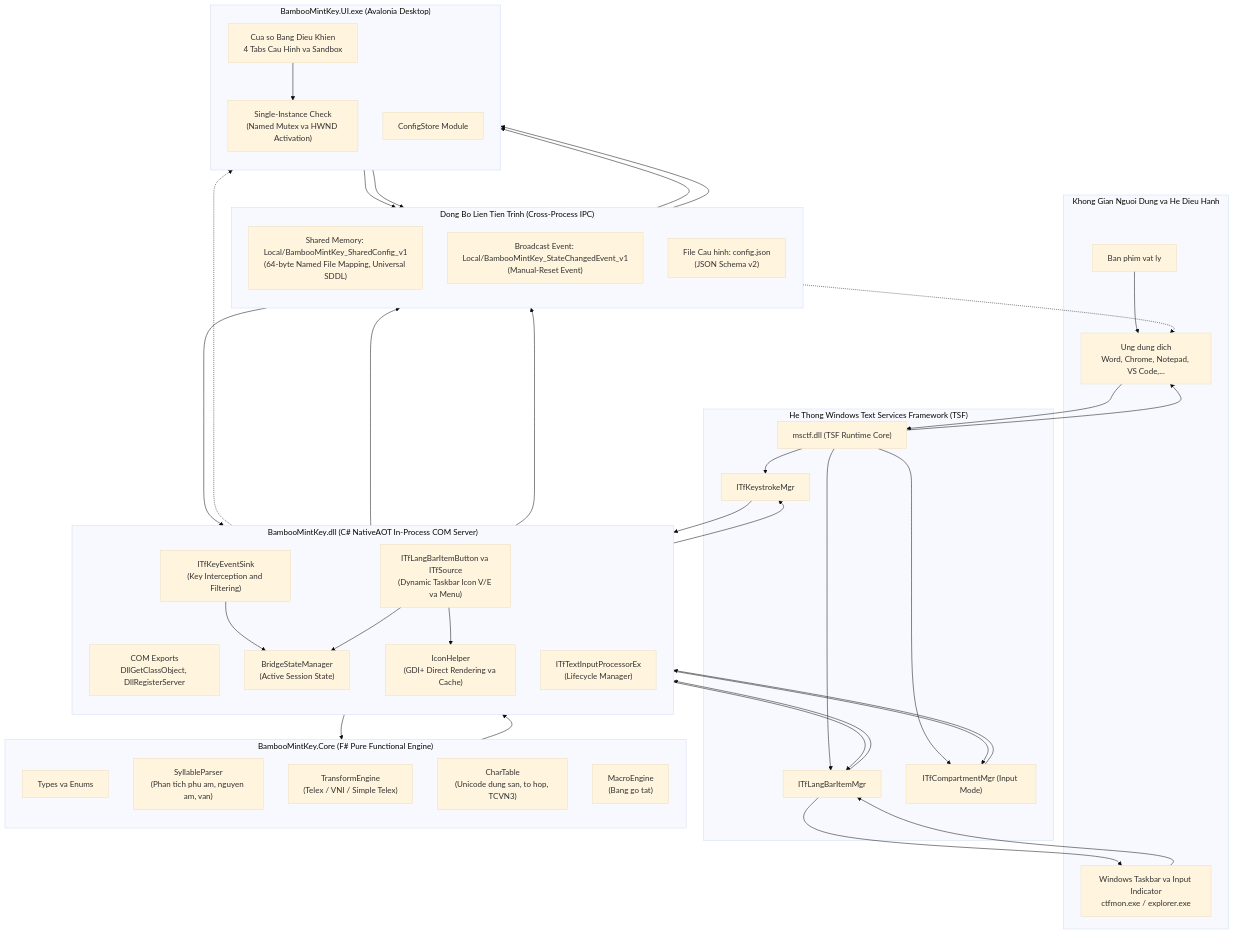
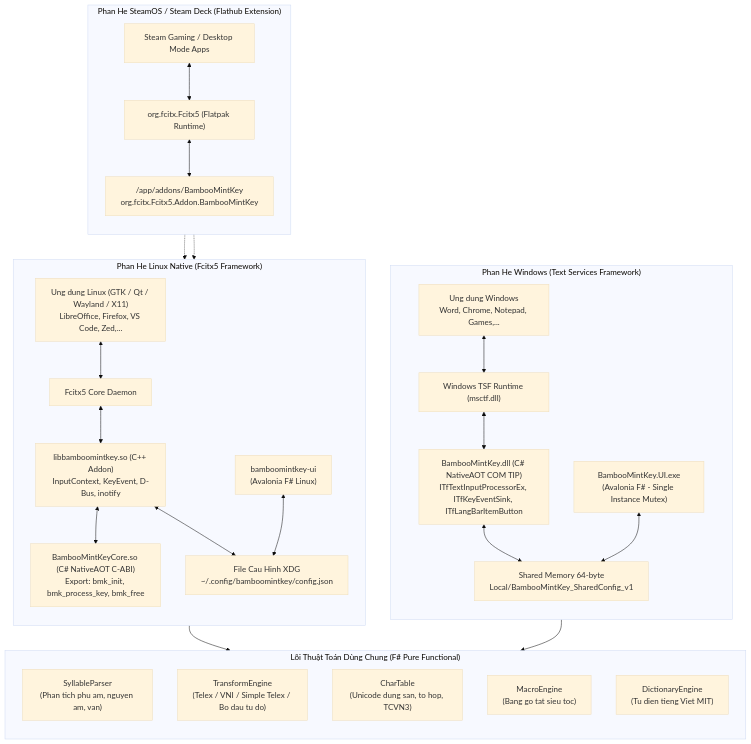
Before and after one commit to thatislg/BambooMintKey: the first of 4 diagrams in docs/SYSTEM_ARCHITECTURE.md, drawn with Mermaid (base theme). The commit also changed other lines of this file and 3 other files, not shown here.

````diff
--- a/docs/SYSTEM_ARCHITECTURE.md
+++ b/docs/SYSTEM_ARCHITECTURE.md
@@ -27,82 +34,56 @@
 ```mermaid
 flowchart TB
-    subgraph UserSpace ["Khong Gian Nguoi Dung va He Dieu Hanh"]
-        PhysicalKeyboard["Ban phim vat ly"]
-        Taskbar["Windows Taskbar va Input Indicator<br/>ctfmon.exe / explorer.exe"]
-        TargetApps["Ung dung dich<br/>Word, Chrome, Notepad, VS Code,..."]
+    subgraph CoreEngine ["Lõi Thuật Toán Dùng Chung (F# Pure Functional)"]
+        direction TB
+        SyllableParser["SyllableParser<br/>(Phan tich phu am, nguyen am, van)"]
+        TransformEngine["TransformEngine<br/>(Telex / VNI / Simple Telex / Bo dau tu do)"]
+        CharTable["CharTable<br/>(Unicode dung san, to hop, TCVN3)"]
+        MacroEngine["MacroEngine<br/>(Bang go tat sieu toc)"]
+        Dictionary["DictionaryEngine<br/>(Tu dien tieng Viet MIT)"]
     end
 
-    subgraph WindowsTSF ["He Thong Windows Text Services Framework (TSF)"]
-        MsCtf["msctf.dll (TSF Runtime Core)"]
-        KeystrokeMgr["ITfKeystrokeMgr"]
-        LangBarItemMgr["ITfLangBarItemMgr"]
-        CompartmentMgr["ITfCompartmentMgr (Input Mode)"]
+    subgraph WindowsPlatform ["Phan He Windows (Text Services Framework)"]
+        direction TB
+        MsCtf["Windows TSF Runtime (msctf.dll)"]
+        NativeBridge["BambooMintKey.dll (C# NativeAOT COM TIP)<br/>ITfTextInputProcessorEx, ITfKeyEventSink, ITfLangBarItemButton"]
+        WinSharedMem["Shared Memory 64-byte<br/>Local/BambooMintKey_SharedConfig_v1"]
+        WinUI["BambooMintKey.UI.exe<br/>(Avalonia F# - Single Instance Mutex)"]
+        WindowsApps["Ung dung Windows<br/>Word, Chrome, Notepad, Games,..."]
+
+        WindowsApps <--> MsCtf
+        MsCtf <--> NativeBridge
+        NativeBridge <--> WinSharedMem
+        WinUI <--> WinSharedMem
     end
 
-    subgraph NativeAOTBridge ["BambooMintKey.dll (C# NativeAOT In-Process COM Server)"]
+    subgraph LinuxPlatform ["Phan He Linux Native (Fcitx5 Framework)"]
         direction TB
-        ComExports["COM Exports<br/>DllGetClassObject, DllRegisterServer"]
-        TextService["ITfTextInputProcessorEx<br/>(Lifecycle Manager)"]
-        KeyEventSink["ITfKeyEventSink<br/>(Key Interception and Filtering)"]
-        LangBarItem["ITfLangBarItemButton va ITfSource<br/>(Dynamic Taskbar Icon V/E va Menu)"]
-        IconHelper["IconHelper<br/>(GDI+ Direct Rendering va Cache)"]
-        BridgeState["BridgeStateManager<br/>(Active Session State)"]
+        Fcitx5Core["Fcitx5 Core Daemon"]
+        CoreNativeSo["BambooMintKeyCore.so (C# NativeAOT C-ABI)<br/>Export: bmk_init, bmk_process_key, bmk_free"]
+        Fcitx5Addon["libbamboomintkey.so (C++ Addon)<br/>InputContext, KeyEvent, D-Bus, inotify"]
+        LinuxConfig["File Cau Hinh XDG<br/>~/.config/bamboomintkey/config.json"]
+        LinuxUI["bamboomintkey-ui<br/>(Avalonia F# Linux)"]
+        LinuxApps["Ung dung Linux (GTK / Qt / Wayland / X11)<br/>LibreOffice, Firefox, VS Code, Zed,..."]
+
+        LinuxApps <--> Fcitx5Core
+        Fcitx5Core <--> Fcitx5Addon
+        Fcitx5Addon <--> CoreNativeSo
+        Fcitx5Addon <--> LinuxConfig
+        LinuxUI <--> LinuxConfig
     end
 
-    subgraph FSharpCore ["BambooMintKey.Core (F# Pure Functional Engine)"]
+    subgraph SteamDeckPlatform ["Phan He SteamOS / Steam Deck (Flathub Extension)"]
         direction TB
-        Types["Types va Enums"]
-        SyllableParser["SyllableParser<br/>(Phan tich phu am, nguyen am, van)"]
-        TransformEngine["TransformEngine<br/>(Telex / VNI / Simple Telex)"]
-        CharTable["CharTable<br/>(Unicode dung san, to hop, TCVN3)"]
-        MacroEngine["MacroEngine<br/>(Bang go tat)"]
+        SteamFcitx5["org.fcitx.Fcitx5 (Flatpak Runtime)"]
+        FlatpakAddon["/app/addons/BambooMintKey<br/>org.fcitx.Fcitx5.Addon.BambooMintKey"]
+        SteamApps["Steam Gaming / Desktop Mode Apps"]
+
+        SteamApps <--> SteamFcitx5
+        SteamFcitx5 <--> FlatpakAddon
     end
 
-    subgraph InterProcessSync ["Dong Bo Lien Tien Trinh (Cross-Process IPC)"]
-        direction TB
-        SharedMem["Shared Memory: Local/BambooMintKey_SharedConfig_v1<br/>(64-byte Named File Mapping, Universal SDDL)"]
-        SharedEvent["Broadcast Event: Local/BambooMintKey_StateChangedEvent_v1<br/>(Manual-Reset Event)"]
-        DiskConfig["File Cau hinh: config.json<br/>(JSON Schema v2)"]
-    end
-
-    subgraph GUI ["BambooMintKey.UI.exe (Avalonia Desktop)"]
-        direction TB
-        SingleInstance["Single-Instance Check<br/>(Named Mutex va HWND Activation)"]
-        SettingsGUI["Cua so Bang Dieu Khien<br/>4 Tabs Cau Hinh va Sandbox"]
-        ConfigStore["ConfigStore Module"]
-    end
-
-    PhysicalKeyboard --> TargetApps
-    TargetApps --> MsCtf
-    MsCtf --> TargetApps
-    MsCtf --> KeystrokeMgr
-    MsCtf --> LangBarItemMgr
-    MsCtf --> CompartmentMgr
-
-    KeystrokeMgr --> KeyEventSink
-    KeyEventSink --> KeystrokeMgr
-    LangBarItemMgr --> LangBarItem
-    LangBarItem --> LangBarItemMgr
-    CompartmentMgr --> BridgeState
-    BridgeState --> CompartmentMgr
-
-    KeyEventSink --> BridgeState
-    BridgeState --> FSharpCore
-    FSharpCore --> BridgeState
-    LangBarItem --> IconHelper
-    LangBarItem --> BridgeState
-
-    BridgeState --> SharedMem
-    SharedMem --> BridgeState
-    BridgeState --> SharedEvent
-    SharedEvent -.-> TargetApps
-
-    Taskbar --> LangBarItemMgr
-    LangBarItemMgr --> Taskbar
-    LangBarItem -.-> GUI
-    ConfigStore --> SharedMem
-    SharedMem --> ConfigStore
-    ConfigStore --> DiskConfig
-    DiskConfig --> ConfigStore
-    SettingsGUI --> SingleInstance
+    NativeBridge --> CoreEngine
+    CoreNativeSo --> CoreEngine
+    FlatpakAddon -.-> CoreNativeSo
+    FlatpakAddon -.-> Fcitx5Addon
 ```
````
